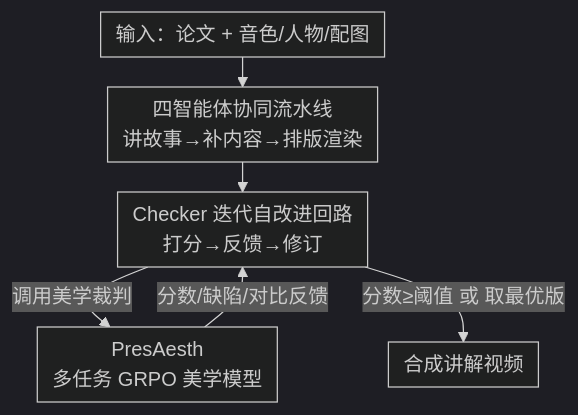
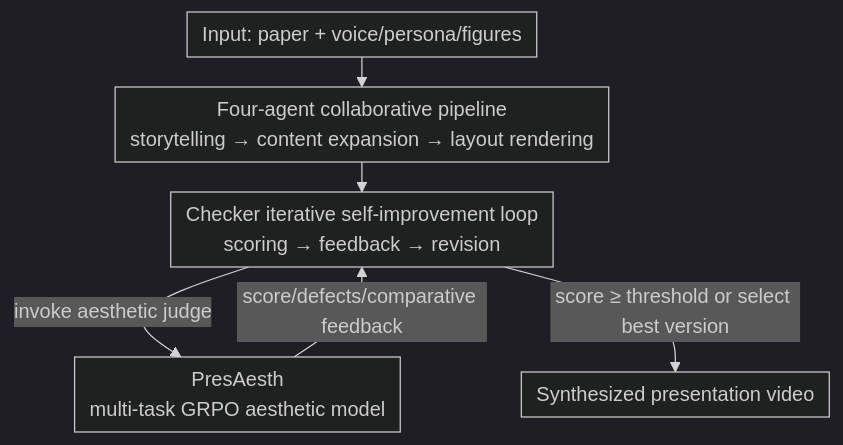
One commit to zhaoyang97/Paper-Notes-en changed the diagram in docs/ICLR2026/llm_agent/presenting_a_paper_is_an_art_self-improvement_aesthetic_agents_for_academic_pres.md. Above: the diagram before and after it, drawn with Mermaid (dark theme). The commit also changed 644 other files, not shown here.

````diff
--- a/docs/ICLR2026/llm_agent/presenting_a_paper_is_an_art_self-improvement_aesthetic_agents_for_academic_pres.md
+++ b/docs/ICLR2026/llm_agent/presenting_a_paper_is_an_art_self-improvement_aesthetic_agents_for_academic_pres.md
@@ -46,9 +46,9 @@
 ```mermaid
 %%{init: {'flowchart': {'rankSpacing': 24, 'nodeSpacing': 28, 'padding': 6, 'wrappingWidth': 400}}}%%
 flowchart TD
-    A["输入：论文 + 音色/人物/配图"] --> B["四智能体协同流水线<br/>讲故事→补内容→排版渲染"]
-    B --> C["Checker 迭代自改进回路<br/>打分→反馈→修订"]
-    C -->|调用美学裁判| D["PresAesth<br/>多任务 GRPO 美学模型"]
-    D -->|分数/缺陷/对比反馈| C
-    C -->|分数≥阈值 或 取最优版| E["合成讲解视频"]
+    A["Input: paper + voice/persona/figures"] --> B["Four-agent collaborative pipeline<br/>storytelling → content expansion → layout rendering"]
+    B --> C["Checker iterative self-improvement loop<br/>scoring → feedback → revision"]
+    C -->|invoke aesthetic judge| D["PresAesth<br/>multi-task GRPO aesthetic model"]
+    D -->|score/defects/comparative feedback| C
+    C -->|score ≥ threshold or select best version| E["Synthesized presentation video"]
 ```
````
